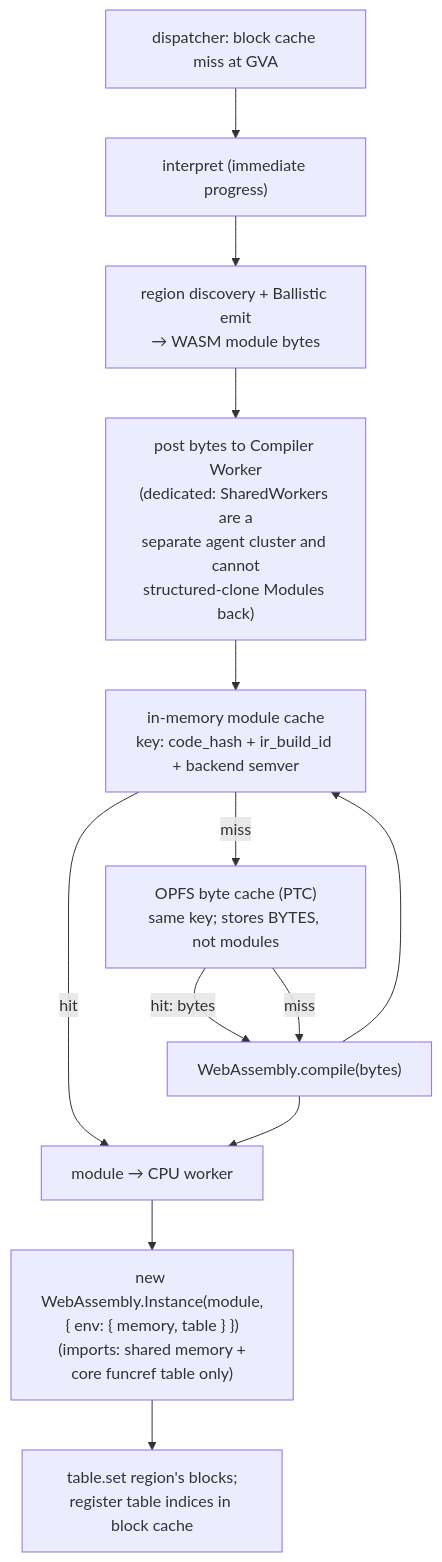
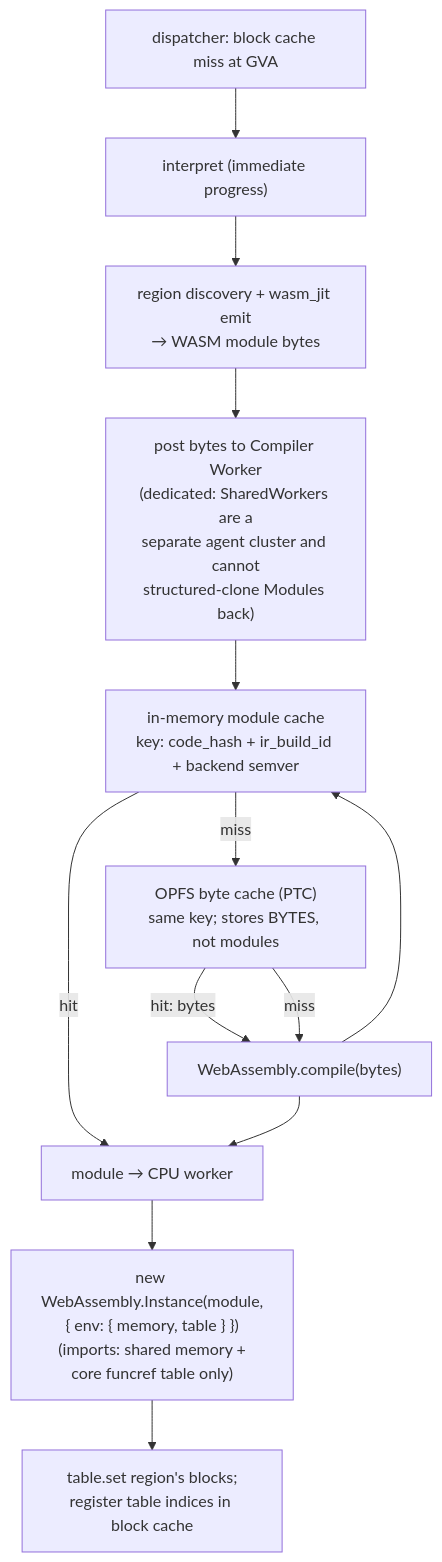
Before and after one commit to voland-emu/Voland: the fifth of 15 diagrams in docs/DESIGN.md, drawn with Mermaid. The commit also changed other lines of this file and 3 other files, not shown here.

First line of the commit message:
docs(design): replace Ballistic-WASM plan with Voland-owned wasm_jit (v3.28)

````diff
--- a/docs/DESIGN.md
+++ b/docs/DESIGN.md
@@ -1019,26 +1064,26 @@
 ```mermaid
 flowchart TD
     MISS["dispatcher: block cache miss at GVA"]
     INTERP["interpret (immediate progress)"]
-    REGION["region discovery + Ballistic emit<br/>→ WASM module bytes"]
+    REGION["region discovery + wasm_jit emit<br/>→ WASM module bytes"]
     POST["post bytes to Compiler Worker<br/>(dedicated: SharedWorkers are a<br/>separate agent cluster and cannot<br/>structured-clone Modules back)"]
     MEMC["in-memory module cache<br/>key: code_hash + ir_build_id + backend semver"]
     OPFSC["OPFS byte cache (PTC)<br/>same key; stores BYTES, not modules"]
     COMPILE["WebAssembly.compile(bytes)"]
     BACK["module → CPU worker"]
     INST["new WebAssembly.Instance(module,<br/>{ env: { memory, table } })<br/>(imports: shared memory +<br/>core funcref table only)"]
     REG["table.set region's blocks;<br/>register table indices in block cache"]
 
     MISS --> INTERP
     INTERP --> REGION
     REGION --> POST
     POST --> MEMC
     MEMC -->|hit| BACK
     MEMC -->|miss| OPFSC
     OPFSC -->|"hit: bytes"| COMPILE
     OPFSC -->|miss| COMPILE
     COMPILE --> MEMC
     COMPILE --> BACK
     BACK --> INST
     INST --> REG
 ```
````
